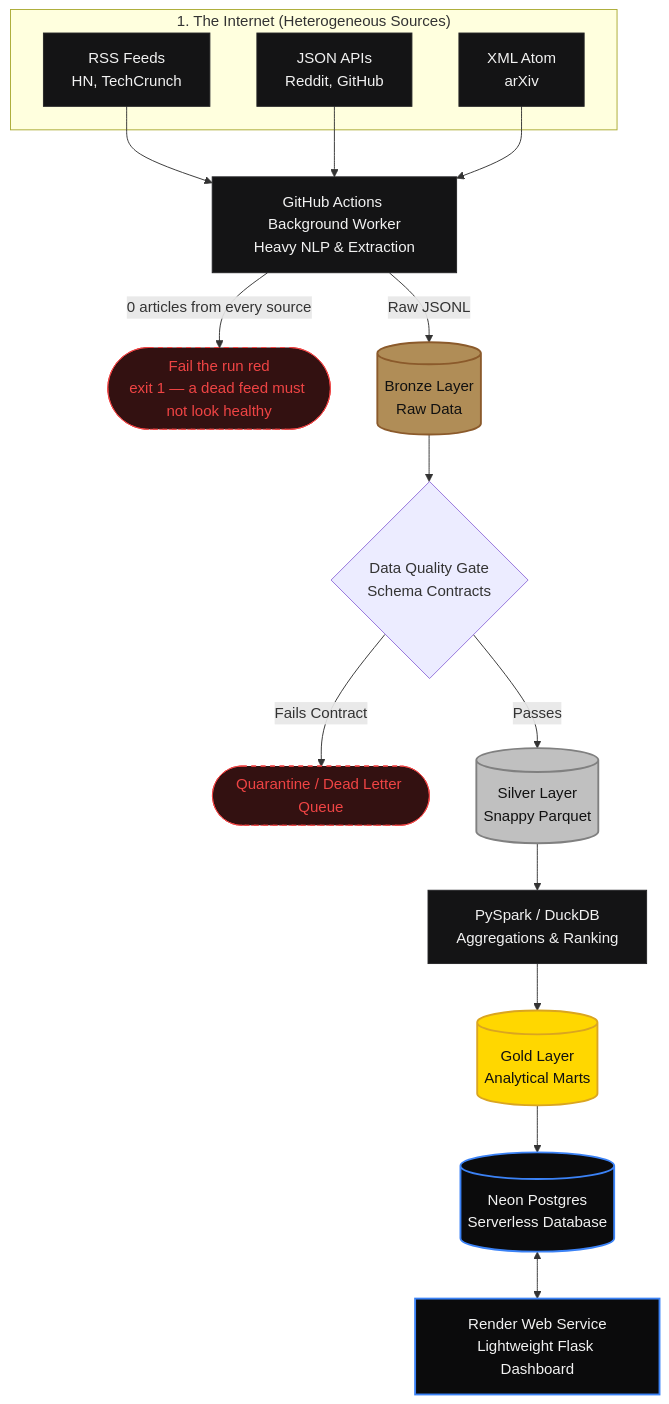
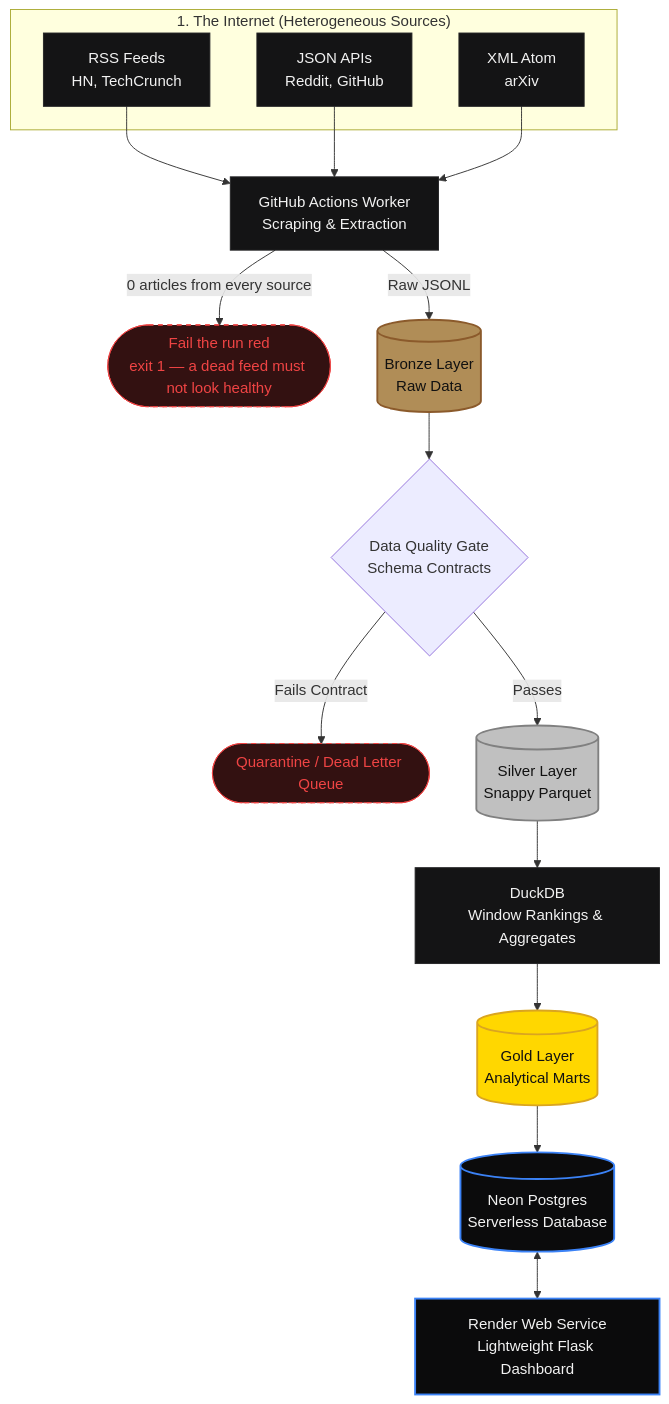
The diagram in README.md (DhanushPillay/Web-scraper), drawn with Mermaid before and after one commit. The commit also changed other lines of this file, not shown here.

First line of the commit message:
docs: README reflects the DuckDB-only engine and drops unverifiable claims

````diff
--- a/README.md
+++ b/README.md
@@ -26,43 +26,43 @@
 ```mermaid
 flowchart TD
     %% Styling
     classDef source fill:#141415,stroke:#242426,stroke-width:1px,color:#F2F2F2
     classDef bronze fill:#b08d57,stroke:#8B5A2B,stroke-width:2px,color:#111
     classDef silver fill:#C0C0C0,stroke:#808080,stroke-width:2px,color:#111
     classDef gold fill:#FFD700,stroke:#DAA520,stroke-width:2px,color:#111
     classDef serve fill:#0B0B0C,stroke:#3B82F6,stroke-width:2px,color:#F2F2F2
     classDef error fill:#331111,stroke:#EF4444,stroke-width:1px,color:#EF4444,stroke-dasharray: 5 5
 
     %% Sources
     subgraph Sources ["1. The Internet (Heterogeneous Sources)"]
         RSS[RSS Feeds<br/>HN, TechCrunch]:::source
         REST[JSON APIs<br/>Reddit, GitHub]:::source
         XML[XML Atom<br/>arXiv]:::source
     end
 
     %% Ingestion (GitHub Actions)
-    Ingest[GitHub Actions Background Worker<br/>Heavy NLP & Extraction]:::source
+    Ingest[GitHub Actions Worker<br/>Scraping & Extraction]:::source
     
     RSS & REST & XML --> Ingest
     Ingest -->|0 articles from every source| FailRun([Fail the run red<br/>exit 1 — a dead feed must not look healthy]):::error
     
     %% Bronze
     Ingest -->|Raw JSONL| Bronze[(Bronze Layer<br/>Raw Data)]:::bronze
     
     %% Validation
     Validate{Data Quality Gate<br/>Schema Contracts}
     Bronze --> Validate
     Validate -->|Fails Contract| Quarantine([Quarantine / Dead Letter Queue]):::error
     
     %% Silver
     Validate -->|Passes| Silver[(Silver Layer<br/>Snappy Parquet)]:::silver
     
     %% Gold
-    Spark[PySpark / DuckDB<br/>Aggregations & Ranking]:::source
-    Silver --> Spark
-    Spark --> Gold[(Gold Layer<br/>Analytical Marts)]:::gold
+    GoldJob[DuckDB<br/>Window Rankings & Aggregates]:::source
+    Silver --> GoldJob
+    GoldJob --> Gold[(Gold Layer<br/>Analytical Marts)]:::gold
     
     %% Serving
     Gold --> DB[(Neon Postgres<br/>Serverless Database)]:::serve
     DB <--> App[Render Web Service<br/>Lightweight Flask Dashboard]:::serve
 ```
````
